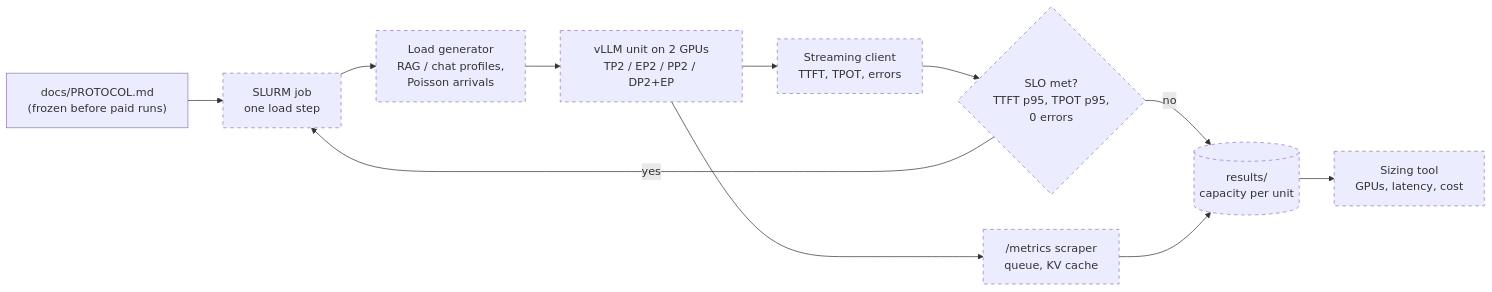
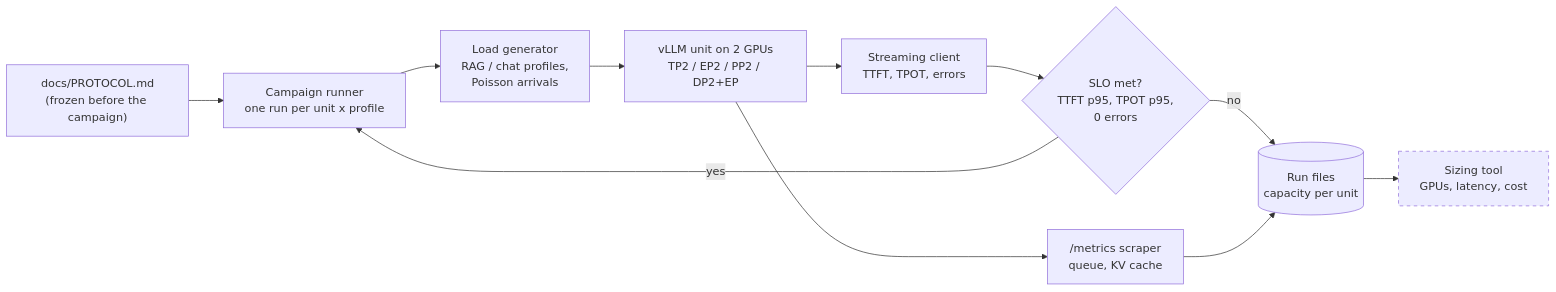
One commit to gabrielkpo/hpc-inference-sizing changed the first of 2 diagrams in README.md. Above: the diagram before and after it, drawn with Mermaid. The commit also changed other lines of this file and 3 other files, not shown here.

First line of the commit message:
docs: record the campaign's deviations from the frozen protocol and refresh the README (#25)

````diff
--- a/README.md
+++ b/README.md
@@ -36,16 +36,16 @@
 ```mermaid
 flowchart LR
-    P["docs/PROTOCOL.md<br/>(frozen before paid runs)"] --> J["SLURM job<br/>one load step"]
+    P["docs/PROTOCOL.md<br/>(frozen before the campaign)"] --> J["Campaign runner<br/>one run per unit x profile"]
     J --> W["Load generator<br/>RAG / chat profiles,<br/>Poisson arrivals"]
     W --> V["vLLM unit on 2 GPUs<br/>TP2 / EP2 / PP2 / DP2+EP"]
     V --> C["Streaming client<br/>TTFT, TPOT, errors"]
     V --> M["/metrics scraper<br/>queue, KV cache"]
     C --> S{"SLO met?<br/>TTFT p95, TPOT p95,<br/>0 errors"}
     S -->|yes| J
-    S -->|no| R[("results/<br/>capacity per unit")]
+    S -->|no| R[("Run files<br/>capacity per unit")]
     M --> R
     R --> T["Sizing tool<br/>GPUs, latency, cost"]
 
     classDef planned stroke-dasharray: 5 5
-    class J,W,V,C,M,S,R,T planned
+    class T planned
 ```
````
